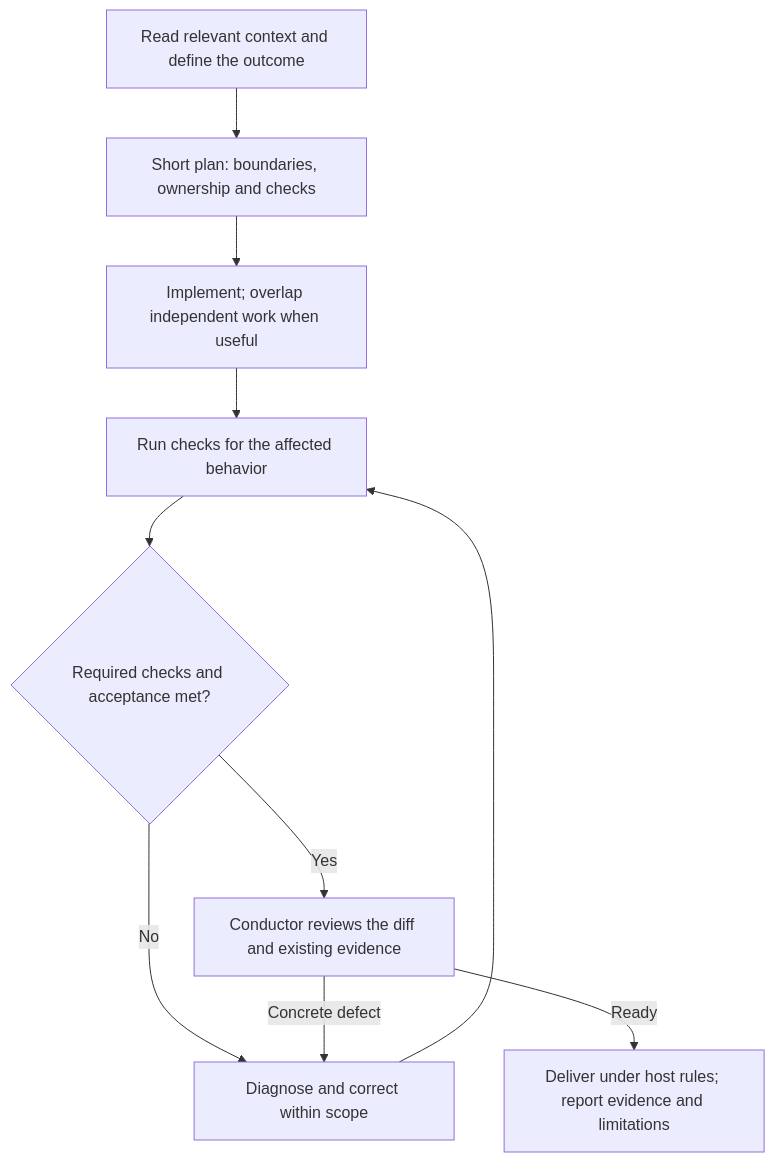
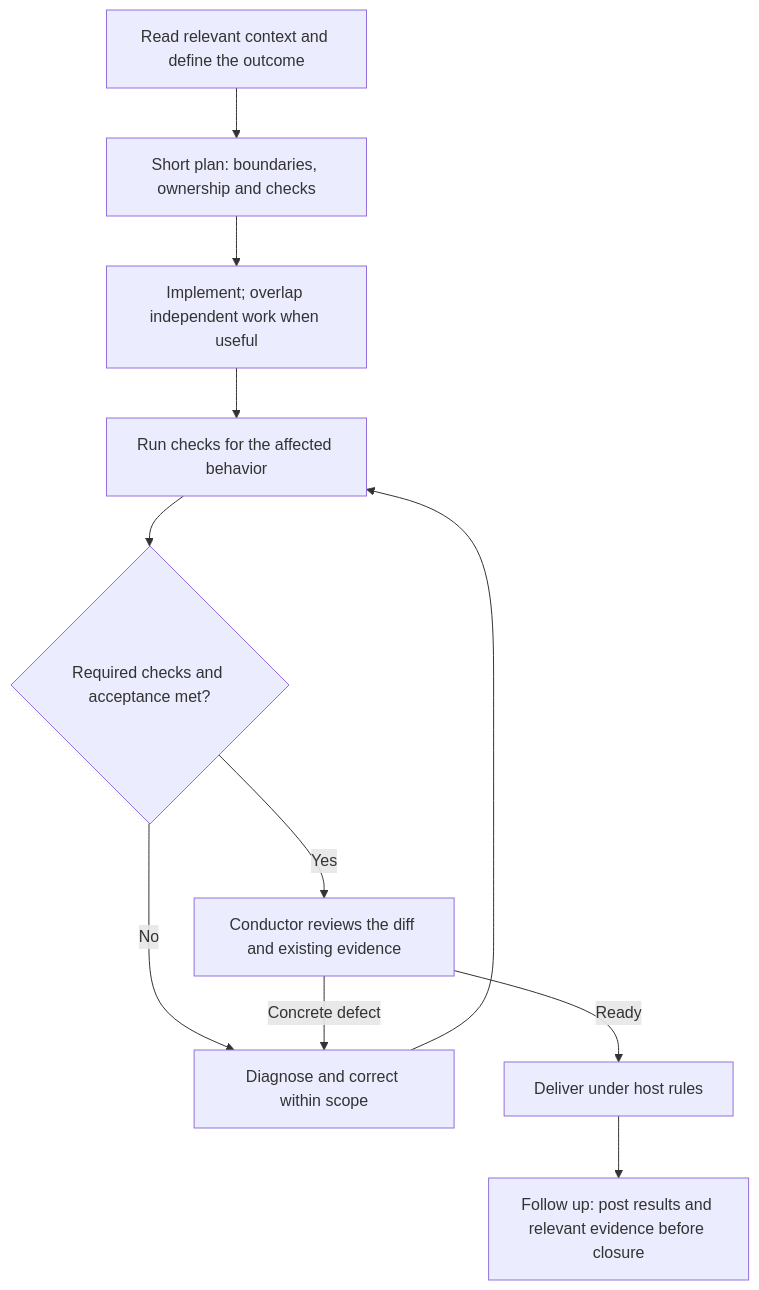
One commit to DasKrokodil/dirigenten-och-orkestern changed the second of 2 diagrams in README.md. Above: the diagram before and after it, drawn with Mermaid. The commit also changed other lines of this file and 4 other files, not shown here.

Commit message:
docs: define task-specific follow-up and completion evidence

````diff
--- a/README.md
+++ b/README.md
@@ -41,12 +41,13 @@
 ```mermaid
 flowchart TD
     scope["Read relevant context and define the outcome"] --> plan["Short plan: boundaries, ownership and checks"]
     plan --> work["Implement; overlap independent work when useful"]
     work --> verify["Run checks for the affected behavior"]
     verify --> passed{"Required checks and acceptance met?"}
     passed -- "No" --> correct["Diagnose and correct within scope"]
     correct --> verify
     passed -- "Yes" --> review["Conductor reviews the diff and existing evidence"]
     review -- "Concrete defect" --> correct
-    review -- "Ready" --> deliver["Deliver under host rules; report evidence and limitations"]
+    review -- "Ready" --> deliver["Deliver under host rules"]
+    deliver --> followup["Follow up: post results and relevant evidence before closure"]
 ```
````
